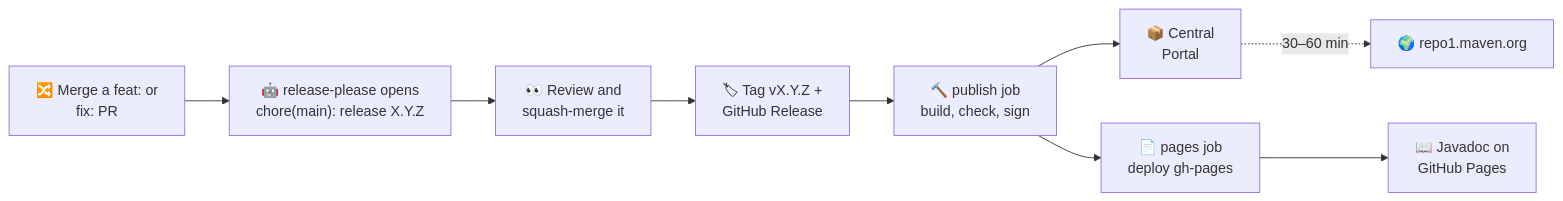
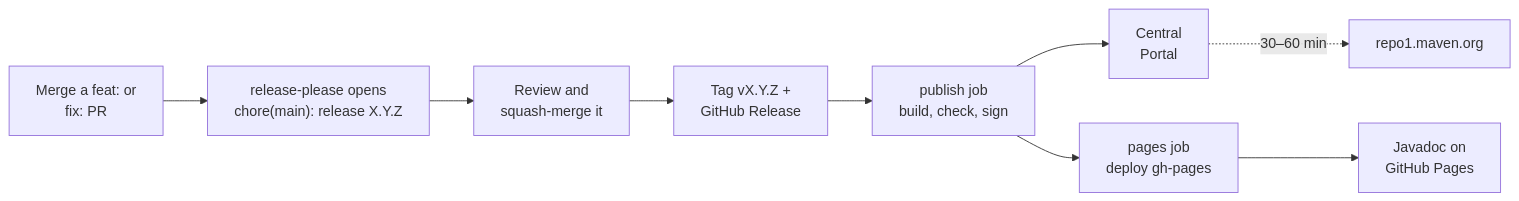
The diagram in RELEASING.md (brantunger/unruly-engine), drawn with Mermaid before and after one commit. The commit also changed other lines of this file and 17 other files, not shown here.

````diff
--- a/RELEASING.md
+++ b/RELEASING.md
@@ -21,11 +21,11 @@
 ```mermaid
 flowchart LR
-    A["🔀 Merge a feat: or<br/>fix: PR"] --> B["🤖 release-please opens<br/>chore(main): release X.Y.Z"]
-    B --> C["👀 Review and<br/>squash-merge it"]
-    C --> D["🏷 Tag vX.Y.Z +<br/>GitHub Release"]
-    D --> E["🔨 publish job<br/>build, check, sign"]
-    E --> F["📦 Central<br/>Portal"]
-    F -. "30–60 min" .-> G["🌍 repo1.maven.org"]
-    E --> P["📄 pages job<br/>deploy gh-pages"]
-    P --> H["📖 Javadoc on<br/>GitHub Pages"]
+    A["Merge a feat: or<br/>fix: PR"] --> B["release-please opens<br/>chore(main): release X.Y.Z"]
+    B --> C["Review and<br/>squash-merge it"]
+    C --> D["Tag vX.Y.Z +<br/>GitHub Release"]
+    D --> E["publish job<br/>build, check, sign"]
+    E --> F["Central<br/>Portal"]
+    F -. "30–60 min" .-> G["repo1.maven.org"]
+    E --> P["pages job<br/>deploy gh-pages"]
+    P --> H["Javadoc on<br/>GitHub Pages"]
 ```
````
